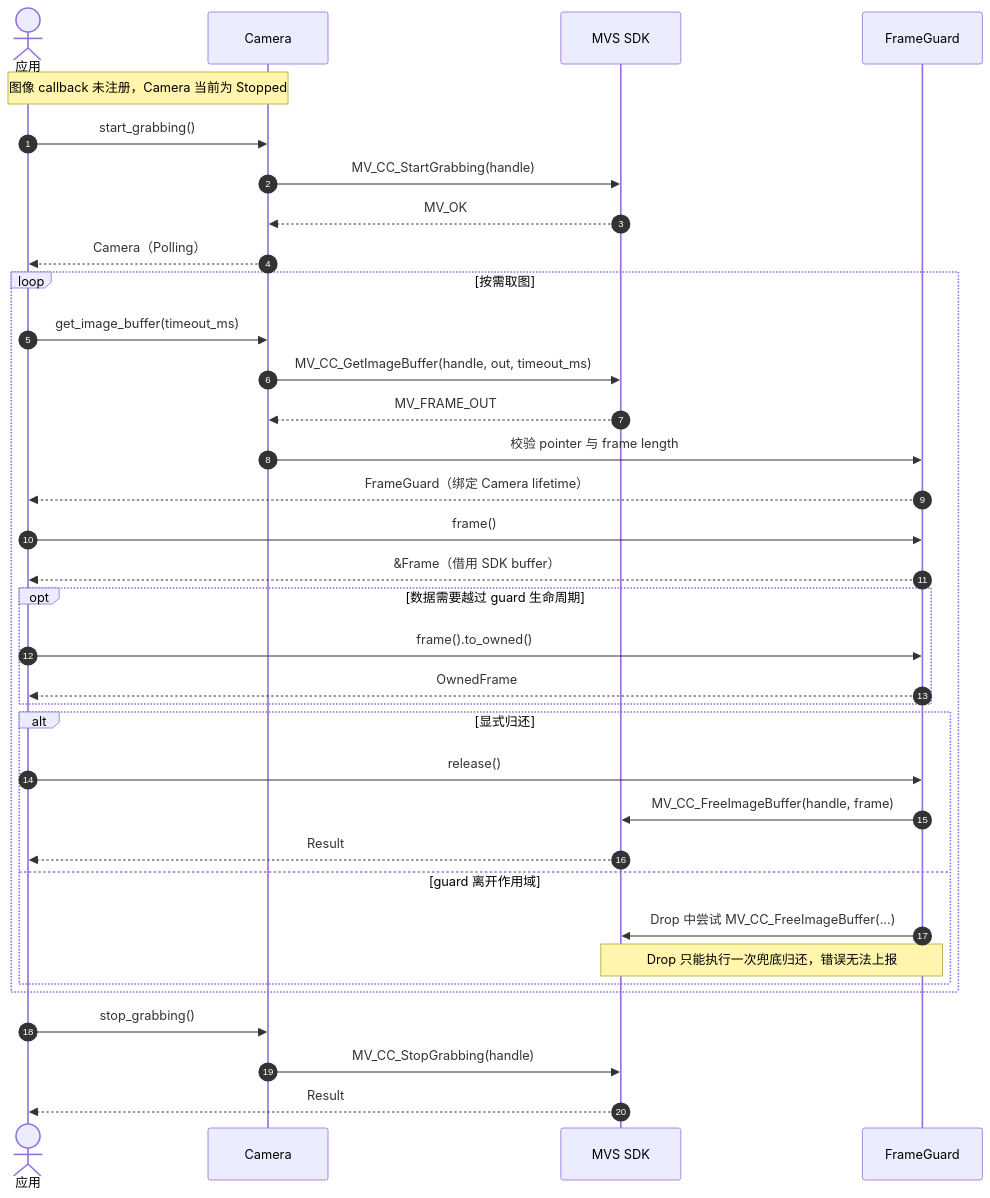
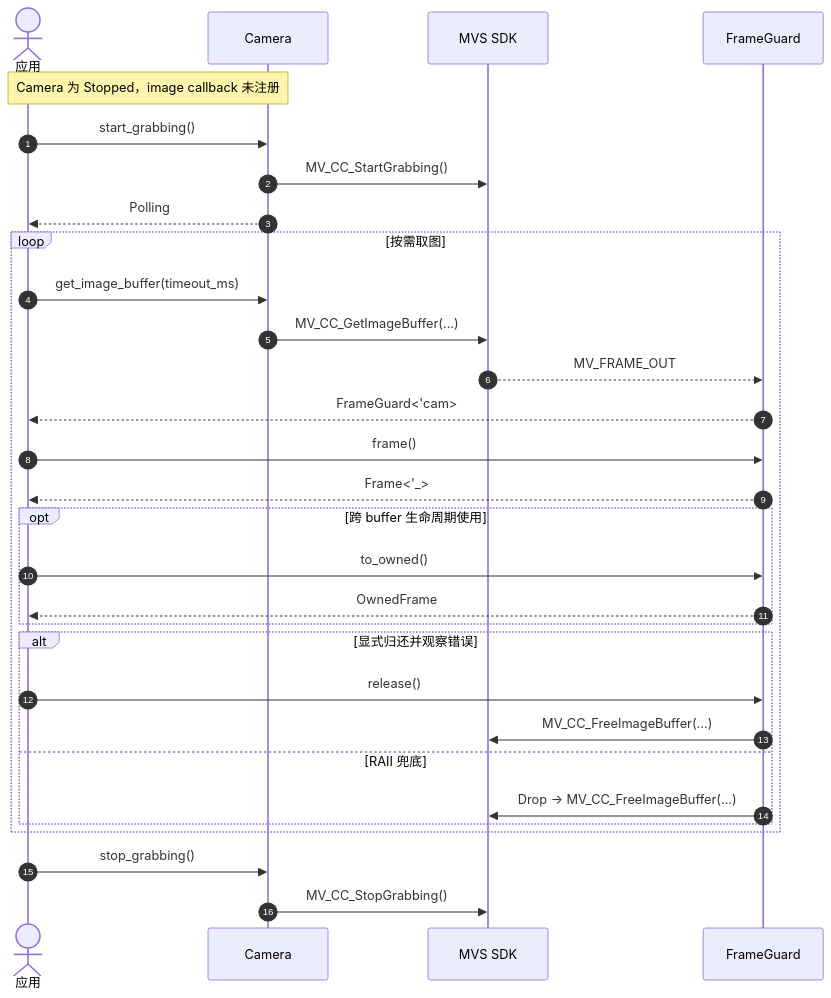
The diagram in 时序图/轮询取图与buffer归还.md (JSB-Unscarred/mvs-sdk-rs), drawn with Mermaid before and after one commit. The commit also changed other lines of this file and 28 other files, not shown here.

````diff
--- a/时序图/轮询取图与buffer归还.md
+++ b/时序图/轮询取图与buffer归还.md
@@ -5,40 +3,35 @@
 ```mermaid
 sequenceDiagram
     autonumber
     actor App as 应用
     participant Camera as Camera
     participant Native as MVS SDK
     participant Guard as FrameGuard
 
-    Note over App,Camera: 图像 callback 未注册，Camera 当前为 Stopped
+    Note over App,Camera: Camera 为 Stopped，image callback 未注册
     App->>Camera: start_grabbing()
-    Camera->>Native: MV_CC_StartGrabbing(handle)
-    Native-->>Camera: MV_OK
-    Camera-->>App: Camera（Polling）
+    Camera->>Native: MV_CC_StartGrabbing()
+    Camera-->>App: Polling
 
     loop 按需取图
         App->>Camera: get_image_buffer(timeout_ms)
-        Camera->>Native: MV_CC_GetImageBuffer(handle, out, timeout_ms)
-        Native-->>Camera: MV_FRAME_OUT
-        Camera->>Guard: 校验 pointer 与 frame length
-        Guard-->>App: FrameGuard（绑定 Camera lifetime）
+        Camera->>Native: MV_CC_GetImageBuffer(...)
+        Native-->>Guard: MV_FRAME_OUT
+        Guard-->>App: FrameGuard<'cam>
         App->>Guard: frame()
-        Guard-->>App: &Frame（借用 SDK buffer）
-        opt 数据需要越过 guard 生命周期
-            App->>Guard: frame().to_owned()
+        Guard-->>App: Frame<'_>
+        opt 跨 buffer 生命周期使用
+            App->>Guard: to_owned()
             Guard-->>App: OwnedFrame
         end
-        alt 显式归还
+        alt 显式归还并观察错误
             App->>Guard: release()
-            Guard->>Native: MV_CC_FreeImageBuffer(handle, frame)
-            Native-->>App: Result
-        else guard 离开作用域
-            Guard->>Native: Drop 中尝试 MV_CC_FreeImageBuffer(...)
-            Note over Guard,Native: Drop 只能执行一次兜底归还，错误无法上报
+            Guard->>Native: MV_CC_FreeImageBuffer(...)
+        else RAII 兜底
+            Guard->>Native: Drop → MV_CC_FreeImageBuffer(...)
         end
     end
 
     App->>Camera: stop_grabbing()
-    Camera->>Native: MV_CC_StopGrabbing(handle)
-    Native-->>App: Result
+    Camera->>Native: MV_CC_StopGrabbing()
 ```
````
